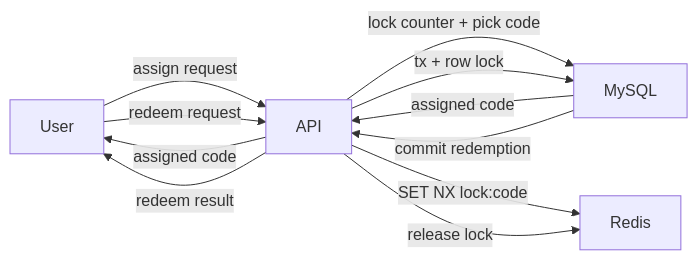
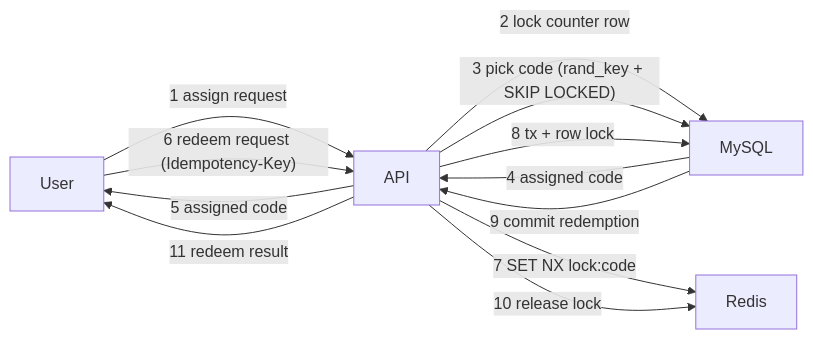
One commit to SDFournier/mvps-template-with-agent-improvements changed the first of 2 diagrams in docs/flows/coupon-assignment-redemption.md. Above: the diagram before and after it, drawn with Mermaid. The commit also changed other lines of this file and 57 other files, not shown here.

````diff
--- a/docs/flows/coupon-assignment-redemption.md
+++ b/docs/flows/coupon-assignment-redemption.md
@@ -28,13 +58,14 @@
 ```mermaid
 flowchart LR
-  U["User"] -->|"assign request"| A["API"]
-  A -->|"lock counter + pick code"| DB["MySQL"]
-  DB -->|"assigned code"| A
-  A -->|"assigned code"| U
-  U -->|"redeem request"| A
-  A -->|"SET NX lock:code"| R["Redis"]
-  A -->|"tx + row lock"| DB
-  DB -->|"commit redemption"| A
-  A -->|"release lock"| R
-  A -->|"redeem result"| U
+  U["User"] -->|"1 assign request"| A["API"]
+  A -->|"2 lock counter row"| DB["MySQL"]
+  A -->|"3 pick code (rand_key + SKIP LOCKED)"| DB
+  DB -->|"4 assigned code"| A
+  A -->|"5 assigned code"| U
+  U -->|"6 redeem request (Idempotency-Key)"| A
+  A -->|"7 SET NX lock:code"| R["Redis"]
+  A -->|"8 tx + row lock"| DB
+  DB -->|"9 commit redemption"| A
+  A -->|"10 release lock"| R
+  A -->|"11 redeem result"| U
 ```
````
